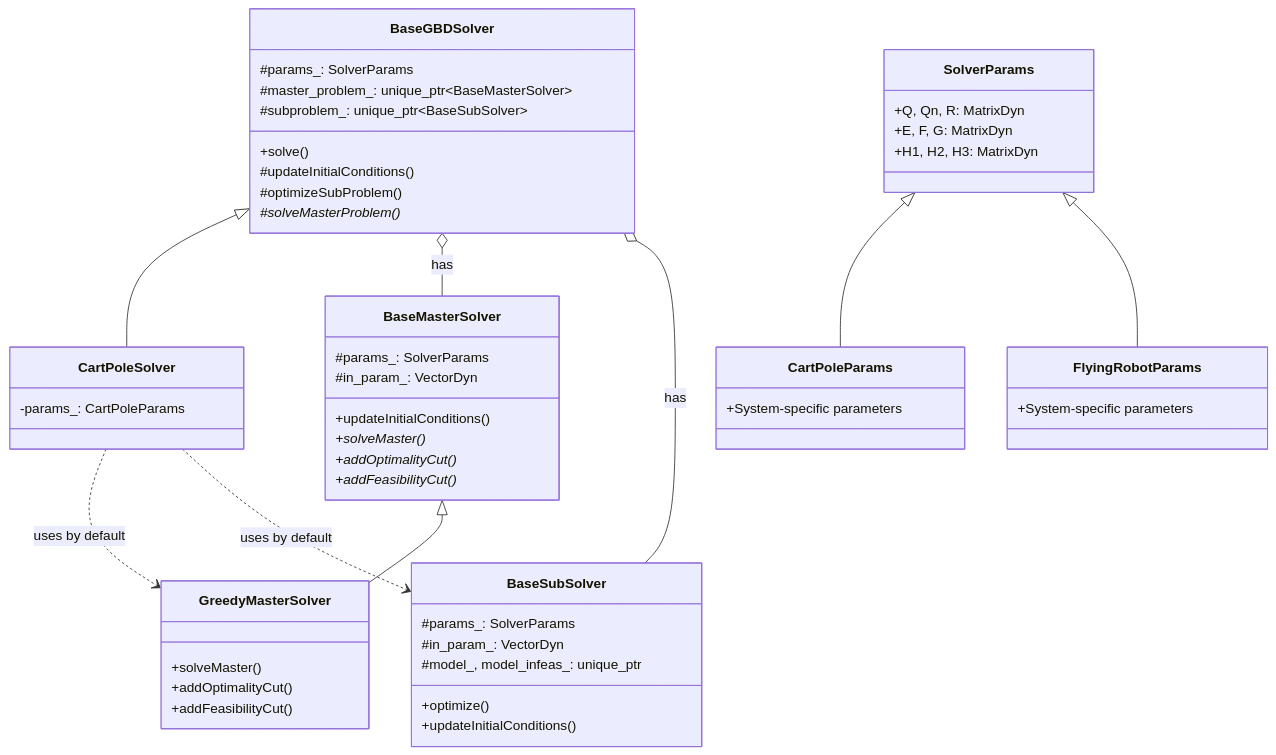
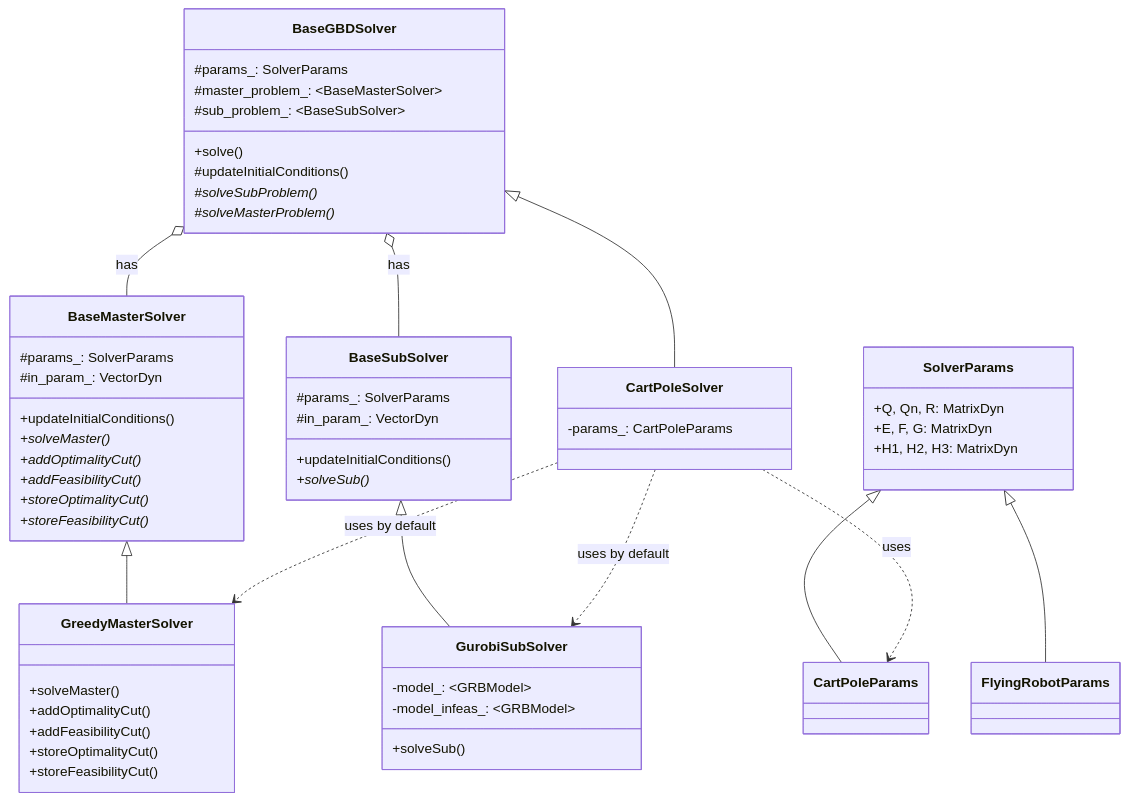
The diagram in README.md (XuanLin/Benders-MPC), drawn with Mermaid before and after one commit.

````diff
--- a/README.md
+++ b/README.md
@@ -39,65 +39,75 @@
 ```mermaid
 classDiagram
     direction TB
-
-    %% Core solver classes at the top
+    
+    %% Base/Abstract Classes Layer
     class BaseGBDSolver {
         #params_: SolverParams
-        #master_problem_: unique_ptr~BaseMasterSolver~
-        #subproblem_: unique_ptr~BaseSubSolver~
+        #master_problem_: ~BaseMasterSolver~
+        #sub_problem_: ~BaseSubSolver~
         +solve()
         #updateInitialConditions()
-        #optimizeSubProblem()
+        #solveSubProblem()*
         #solveMasterProblem()*
     }
-
-    %% Core interfaces in the middle
     class BaseMasterSolver {
-        #params_: SolverParams
+        #params_: SolverParams 
         #in_param_: VectorDyn
         +updateInitialConditions()
         +solveMaster()*
         +addOptimalityCut()*
         +addFeasibilityCut()*
+        +storeOptimalityCut()*
+        +storeFeasibilityCut()*
     }
     class BaseSubSolver {
         #params_: SolverParams
         #in_param_: VectorDyn
-        #model_, model_infeas_: unique_ptr
-        +optimize()
         +updateInitialConditions()
+        +solveSub()*
     }
 
-    %% Implementations
+    %% Implementation Layer
+    class GurobiSubSolver {
+        -model_: ~GRBModel~
+        -model_infeas_: ~GRBModel~
+        +solveSub()
+    }
     class GreedyMasterSolver {
         +solveMaster()
         +addOptimalityCut()
         +addFeasibilityCut()
+        +storeOptimalityCut()
+        +storeFeasibilityCut()
     }
     class CartPoleSolver {
         -params_: CartPoleParams
     }
 
-    %% Parameters/Utils on the right
+    %% Parameters Layer (moved to right)
     class SolverParams {
         +Q, Qn, R: MatrixDyn
         +E, F, G: MatrixDyn
         +H1, H2, H3: MatrixDyn
     }
     class CartPoleParams {
-        +System-specific parameters
     }
     class FlyingRobotParams {
-        +System-specific parameters
     }
 
-    %% Relationships
+    %% Inheritance Relationships
     SolverParams <|-- CartPoleParams
     SolverParams <|-- FlyingRobotParams
     BaseMasterSolver <|-- GreedyMasterSolver
+    BaseSubSolver <|-- GurobiSubSolver
     BaseGBDSolver <|-- CartPoleSolver
+
+    %% Composition Relationships
     BaseGBDSolver o-- BaseMasterSolver : has
     BaseGBDSolver o-- BaseSubSolver : has
+
+    %% Dependencies
     CartPoleSolver ..> GreedyMasterSolver : uses by default
-    CartPoleSolver ..> BaseSubSolver : uses by default
+    CartPoleSolver ..> GurobiSubSolver : uses by default
+    CartPoleSolver ..> CartPoleParams : uses
 ```
````
